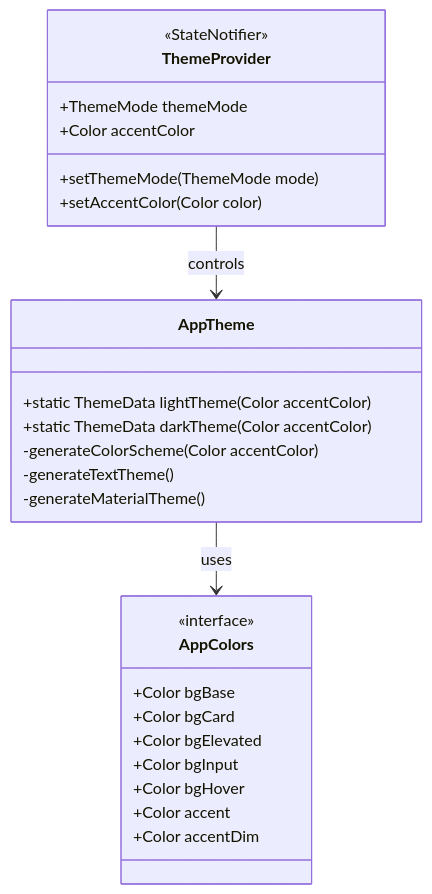
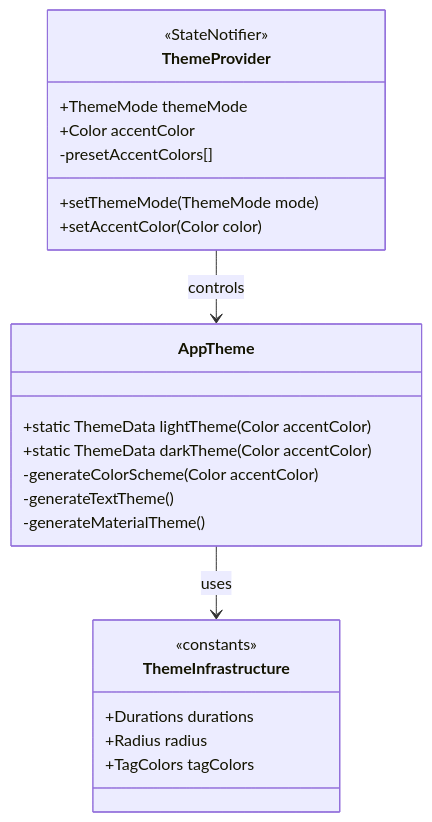
The third of 4 diagrams in .qoder/repowiki/en/content/UI Components and Pages/Theming and Styling System.md (favoroo/QNote), drawn with Mermaid before and after one commit. The commit also changed other lines of this file and 114 other files, not shown here.

````diff
--- a/.qoder/repowiki/en/content/UI Components and Pages/Theming and Styling System.md
+++ b/.qoder/repowiki/en/content/UI Components and Pages/Theming and Styling System.md
@@ -142,29 +177,26 @@
 ```mermaid
 classDiagram
 class AppTheme {
 +static ThemeData lightTheme(Color accentColor)
 +static ThemeData darkTheme(Color accentColor)
 -generateColorScheme(Color accentColor)
 -generateTextTheme()
 -generateMaterialTheme()
 }
-class AppColors {
-<<interface>>
-+Color bgBase
-+Color bgCard
-+Color bgElevated
-+Color bgInput
-+Color bgHover
-+Color accent
-+Color accentDim
-}
 class ThemeProvider {
 <<StateNotifier>>
 +ThemeMode themeMode
 +Color accentColor
 +setThemeMode(ThemeMode mode)
 +setAccentColor(Color color)
+-presetAccentColors[]
 }
-AppTheme --> AppColors : uses
+class ThemeInfrastructure {
+<<constants>>
++Durations durations
++Radius radius
++TagColors tagColors
+}
+AppTheme --> ThemeInfrastructure : uses
 ThemeProvider --> AppTheme : controls
 ```
````
